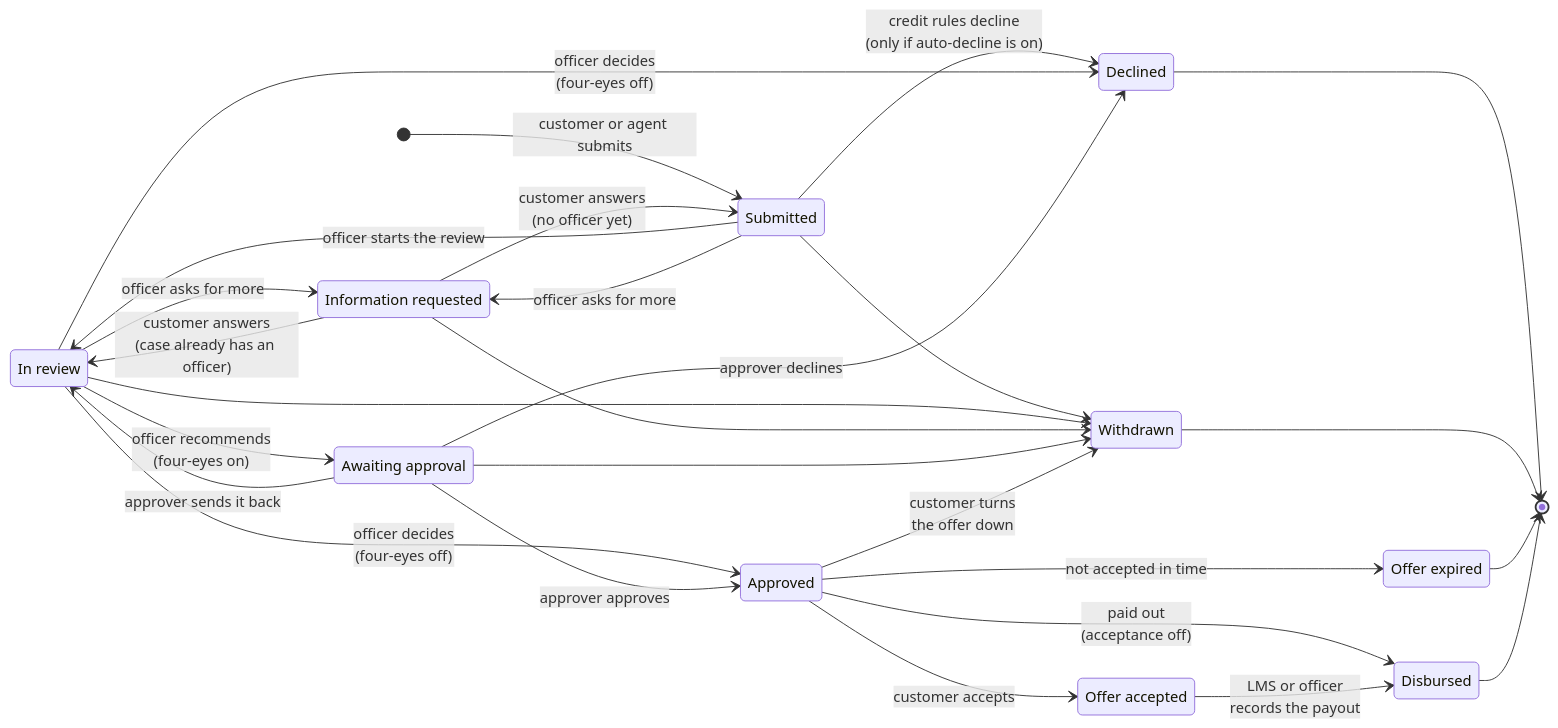
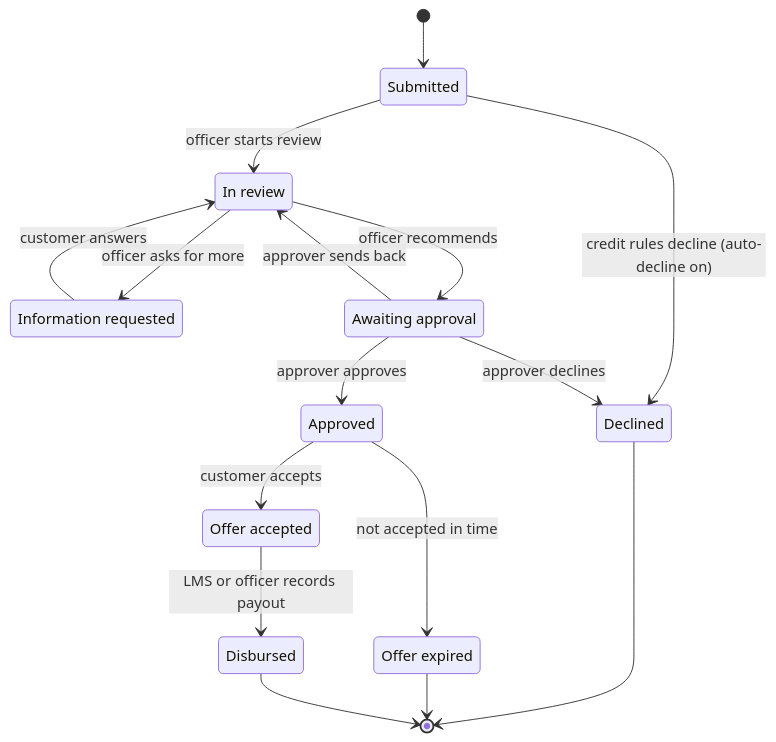
One commit to Izyane-InovSolutions/lms-loan-application changed the third of 4 diagrams in README.md. Above: the diagram before and after it, drawn with Mermaid. The commit also changed other lines of this file, not shown here.

Commit message:
added flow diagrams

````diff
--- a/README.md
+++ b/README.md
@@ -216,35 +216,24 @@
 ```mermaid
 stateDiagram-v2
-    direction LR
     state "In review" as InReview
     state "Information requested" as InfoRequested
     state "Awaiting approval" as PendingApproval
     state "Offer accepted" as Accepted
     state "Offer expired" as Expired
-    [*] --> Submitted: customer or agent submits
-    Submitted --> Declined: credit rules decline<br/>(only if auto-decline is on)
-    Submitted --> InReview: officer starts the review
-    Submitted --> InfoRequested: officer asks for more
+
+    [*] --> Submitted
+    Submitted --> InReview: officer starts review
+    Submitted --> Declined: credit rules decline (auto-decline on)
     InReview --> InfoRequested: officer asks for more
-    InfoRequested --> InReview: customer answers<br/>(case already has an officer)
-    InfoRequested --> Submitted: customer answers<br/>(no officer yet)
-    InReview --> PendingApproval: officer recommends<br/>(four-eyes on)
-    InReview --> Approved: officer decides<br/>(four-eyes off)
-    InReview --> Declined: officer decides<br/>(four-eyes off)
-    PendingApproval --> InReview: approver sends it back
+    InfoRequested --> InReview: customer answers
+    InReview --> PendingApproval: officer recommends
+    PendingApproval --> InReview: approver sends back
     PendingApproval --> Approved: approver approves
     PendingApproval --> Declined: approver declines
     Approved --> Accepted: customer accepts
     Approved --> Expired: not accepted in time
-    Approved --> Disbursed: paid out<br/>(acceptance off)
-    Accepted --> Disbursed: LMS or officer<br/>records the payout
-    Submitted --> Withdrawn
-    InReview --> Withdrawn
-    InfoRequested --> Withdrawn
-    PendingApproval --> Withdrawn
-    Approved --> Withdrawn: customer turns<br/>the offer down
+    Accepted --> Disbursed: LMS or officer records payout
     Declined --> [*]
-    Withdrawn --> [*]
     Expired --> [*]
     Disbursed --> [*]
 ```
````
